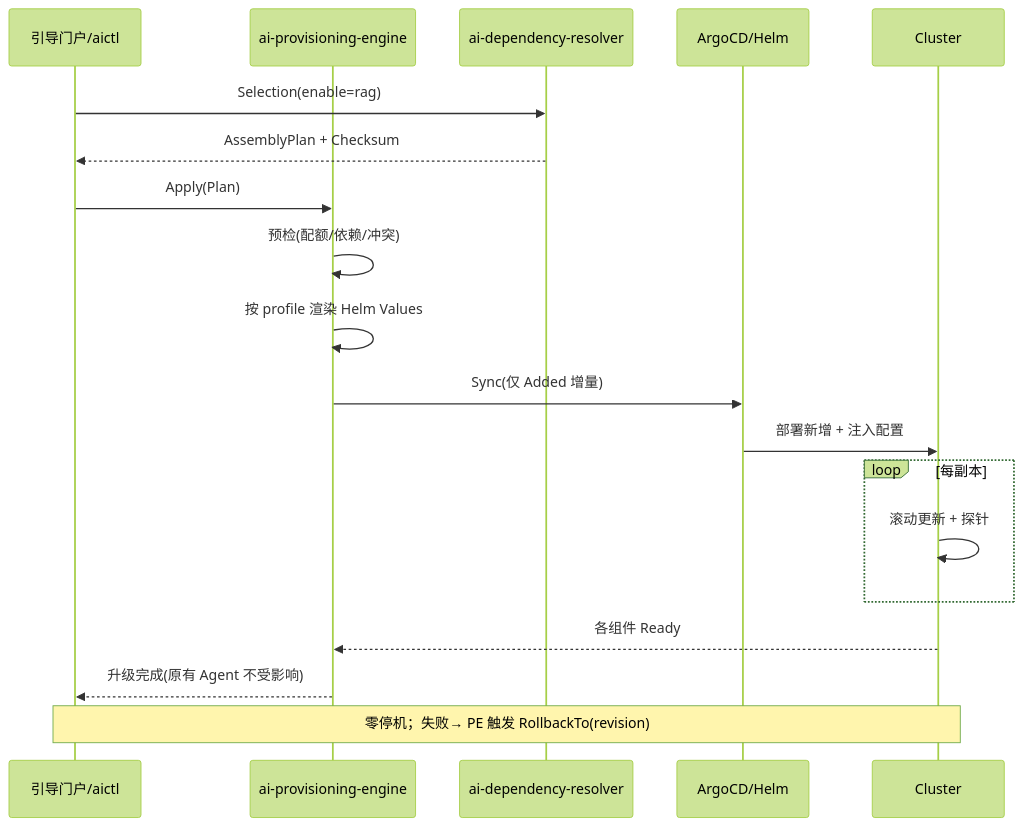
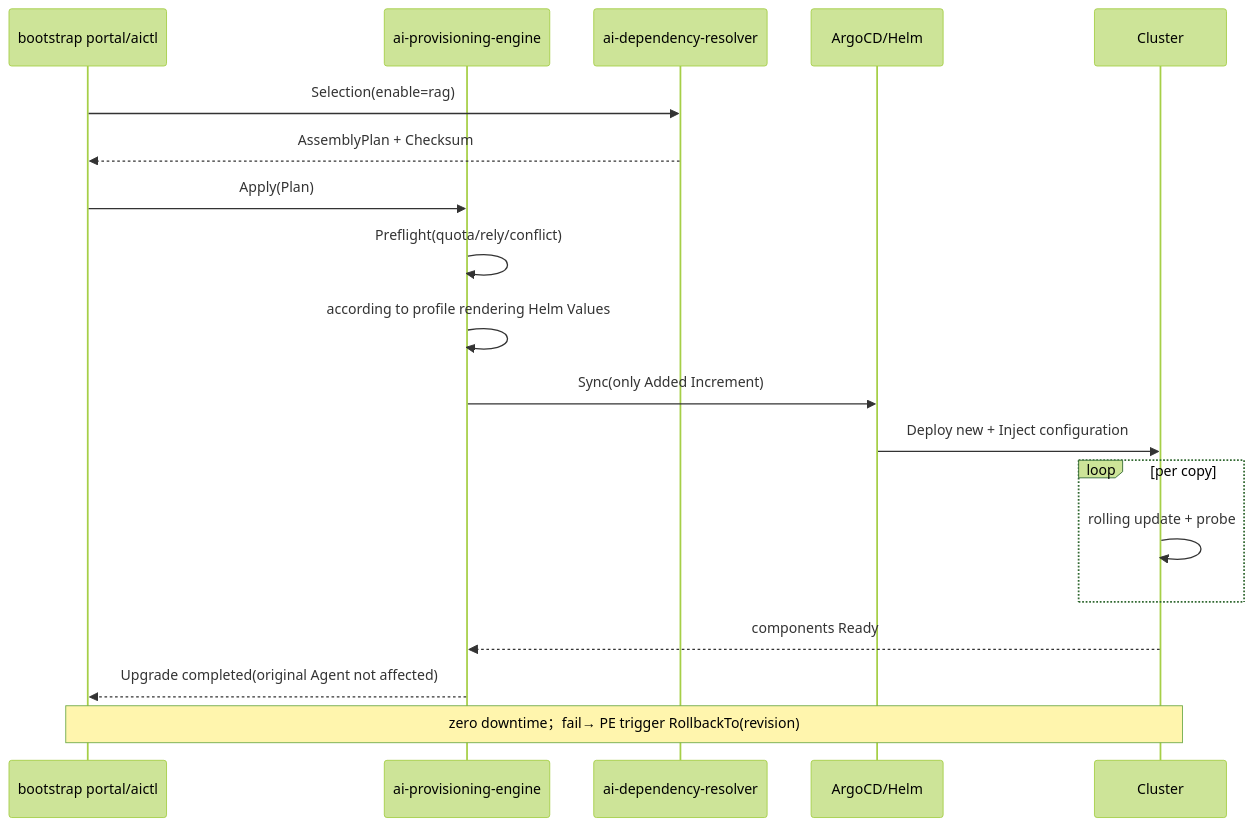
One commit to open-strata-ai/ai-provisioning-engine changed the second of 2 diagrams in design/DESIGN.md. Above: the diagram before and after it, drawn with Mermaid (forest theme). The commit also changed other lines of this file and 11 other files, not shown here.

````diff
--- a/design/DESIGN.md
+++ b/design/DESIGN.md
@@ -218,22 +218,22 @@
 ```mermaid
 sequenceDiagram
-    participant P as 引导门户/aictl
+    participant P as bootstrap portal/aictl
     participant PE as ai-provisioning-engine
     participant R as ai-dependency-resolver
     participant CD as ArgoCD/Helm
     participant C as Cluster
 
     P->>R: Selection(enable=rag)
     R-->>P: AssemblyPlan + Checksum
     P->>PE: Apply(Plan)
-    PE->>PE: 预检(配额/依赖/冲突)
-    PE->>PE: 按 profile 渲染 Helm Values
-    PE->>CD: Sync(仅 Added 增量)
-    CD->>C: 部署新增 + 注入配置
-    loop 每副本
-        C->>C: 滚动更新 + 探针
+    PE->>PE: Preflight(quota/rely/conflict)
+    PE->>PE: according to profile rendering Helm Values
+    PE->>CD: Sync(only Added Increment)
+    CD->>C: Deploy new + Inject configuration
+    loop per copy
+        C->>C: rolling update + probe
     end
-    C-->>PE: 各组件 Ready
-    PE-->>P: 升级完成(原有 Agent 不受影响)
-    Note over P,C: 零停机；失败→ PE 触发 RollbackTo(revision)
+    C-->>PE: components Ready
+    PE-->>P: Upgrade completed(original Agent not affected)
+    Note over P,C: zero downtime；fail→ PE trigger RollbackTo(revision)
 ```
````
